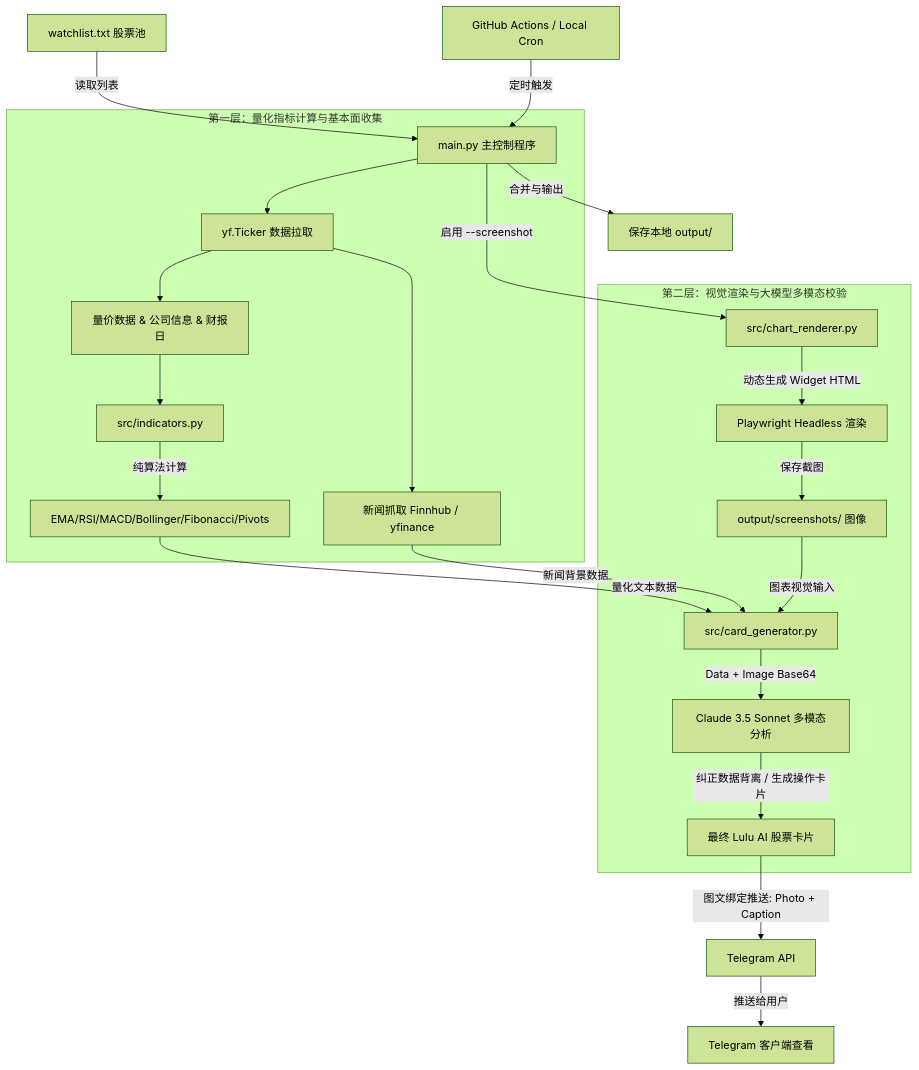
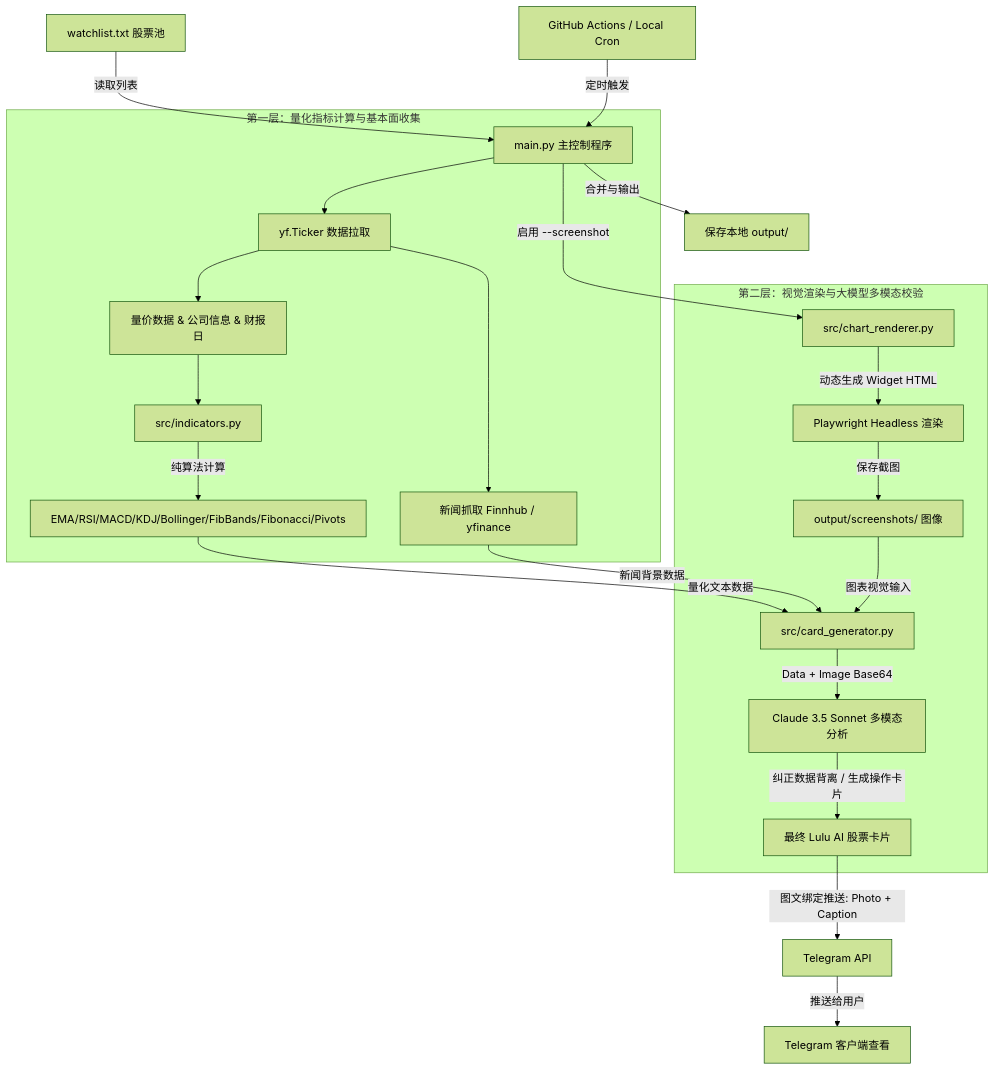
The diagram in README.md (snowyowlmia/StockObservationGroup), drawn with Mermaid (forest theme) before and after one commit. The commit also changed other lines of this file and 2 other files, not shown here.

Commit message:
Integrate KDJ, Fibonacci Bollinger Bands, and update README.md

````diff
--- a/README.md
+++ b/README.md
@@ -11,34 +11,34 @@
 ```mermaid
 graph TD
     %% 股票池与触发
     A[watchlist.txt 股票池] -->|读取列表| B[main.py 主控制程序]
     Cron[GitHub Actions / Local Cron] -->|定时触发| B
     
     %% 第一层：数据拉取与计算
     subgraph Layer1 [第一层：量化指标计算与基本面收集]
         B --> C[yf.Ticker 数据拉取]
         C --> D[量价数据 & 公司信息 & 财报日]
         C --> E[新闻抓取 Finnhub / yfinance]
         D --> F[src/indicators.py]
-        F -->|纯算法计算| G[EMA/RSI/MACD/Bollinger/Fibonacci/Pivots]
+        F -->|纯算法计算| G[EMA/RSI/MACD/KDJ/Bollinger/FibBands/Fibonacci/Pivots]
     end
     
     %% 第二层：视觉渲染与 AI 多模态校验
     subgraph Layer2 [第二层：视觉渲染与大模型多模态校验]
         B -->|启用 --screenshot| H[src/chart_renderer.py]
         H -->|动态生成 Widget HTML| I[Playwright Headless 渲染]
         I -->|保存截图| J[output/screenshots/ 图像]
         
         G -->|量化文本数据| K[src/card_generator.py]
         E -->|新闻背景数据| K
         J -->|图表视觉输入| K
         
         K -->|Data + Image Base64| L[Claude 3.5 Sonnet 多模态分析]
         L -->|纠正数据背离 / 生成操作卡片| M[最终 Lulu AI 股票卡片]
     end
     
     %% 输出与发送
     B -->|合并与输出| N[保存本地 output/]
     M -->|图文绑定推送: Photo + Caption| O[Telegram API]
     O -->|推送给用户| User[Telegram 客户端查看]
 ```
````
